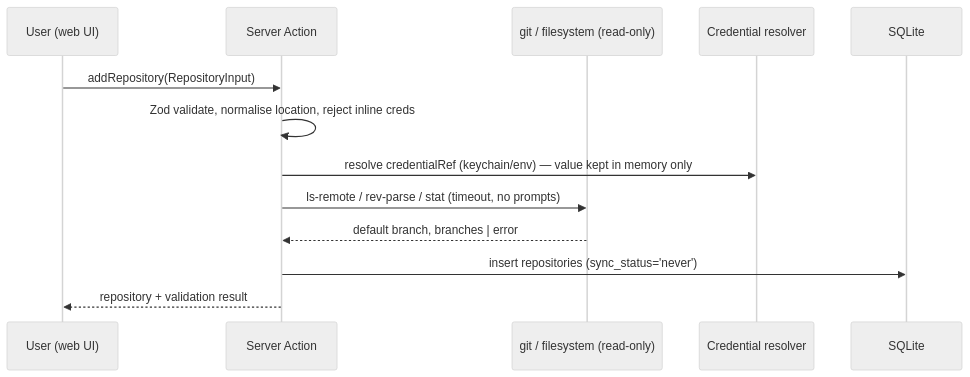
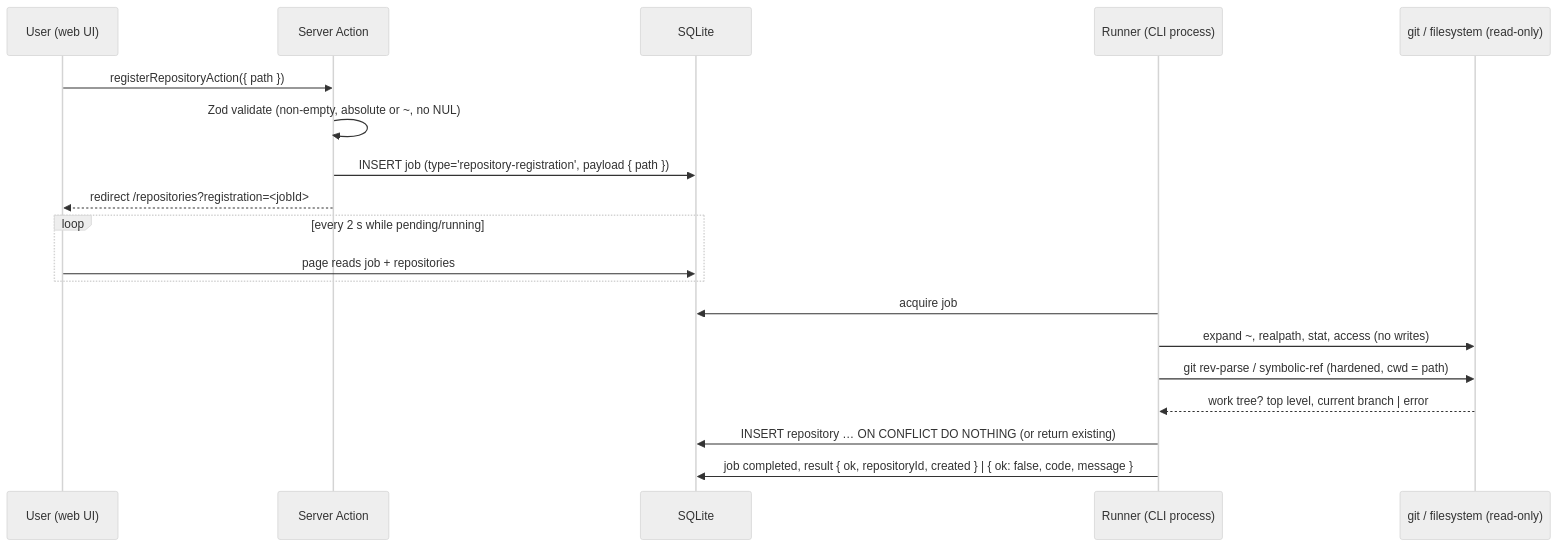
One commit to MetaX5/DirectiveBench changed the diagram in .ai/specs/2026-10-14-repository-management.md. Above: the diagram before and after it, drawn with Mermaid (neutral theme). The commit also changed other lines of this file and 2 other files, not shown here.

First line of the commit message:
docs(specs): plan local path registration as a runner job (SPEC-104, SPEC-006, SPEC-114)

````diff
--- a/.ai/specs/2026-10-14-repository-management.md
+++ b/.ai/specs/2026-10-14-repository-management.md
@@ -122,15 +125,21 @@
 ```mermaid
 sequenceDiagram
   participant U as User (web UI)
   participant SA as Server Action
+  participant DB as SQLite
+  participant R as Runner (CLI process)
   participant G as git / filesystem (read-only)
-  participant K as Credential resolver
-  participant DB as SQLite
-  U->>SA: addRepository(RepositoryInput)
-  SA->>SA: Zod validate, normalise location, reject inline creds
-  SA->>K: resolve credentialRef (keychain/env) — value kept in memory only
-  SA->>G: ls-remote / rev-parse / stat (timeout, no prompts)
-  G-->>SA: default branch, branches | error
-  SA->>DB: insert repositories (sync_status='never')
-  SA-->>U: repository + validation result
+  U->>SA: registerRepositoryAction({ path })
+  SA->>SA: Zod validate (non-empty, absolute or ~, no NUL)
+  SA->>DB: INSERT job (type='repository-registration', payload { path })
+  SA-->>U: redirect /repositories?registration=<jobId>
+  loop every 2 s while pending/running
+    U->>DB: page reads job + repositories
+  end
+  R->>DB: acquire job
+  R->>G: expand ~, realpath, stat, access (no writes)
+  R->>G: git rev-parse / symbolic-ref (hardened, cwd = path)
+  G-->>R: work tree? top level, current branch | error
+  R->>DB: INSERT repository … ON CONFLICT DO NOTHING (or return existing)
+  R->>DB: job completed, result { ok, repositoryId, created } | { ok: false, code, message }
 ```
````
